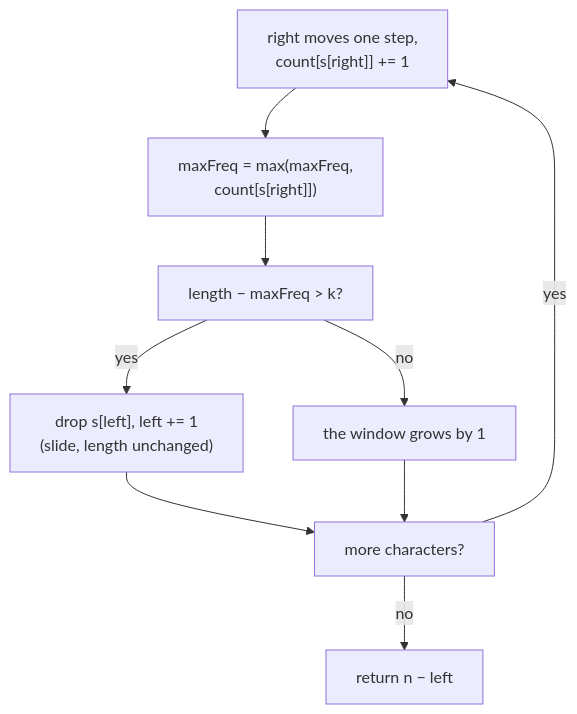
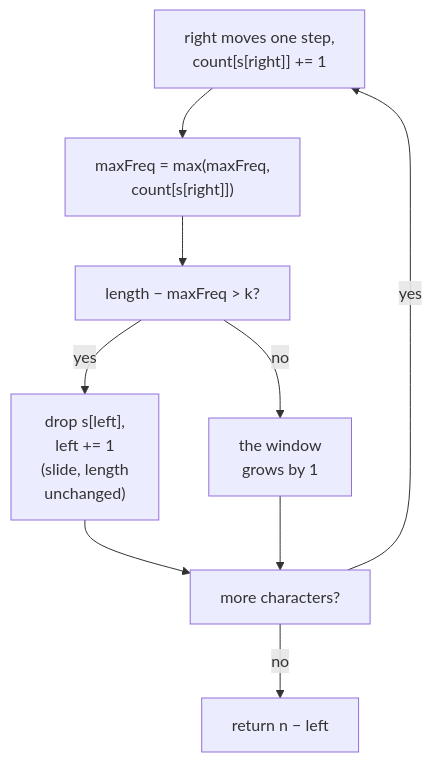
Before and after one commit to duongbui234/software-engineering-atlas: the diagram in content/en/problems/longest-repeating-character-replacement.md, drawn with Mermaid. The commit also changed 134 other files, not shown here.

First line of the commit message:
Fit every Mermaid diagram at 390px without sideways scroll (#56)

````diff
--- a/content/en/problems/longest-repeating-character-replacement.md
+++ b/content/en/problems/longest-repeating-character-replacement.md
@@ -45,11 +45,11 @@
 ```mermaid
 flowchart TB
   A["right moves one step,<br/>count[s[right]] += 1"] --> B["maxFreq = max(maxFreq,<br/>count[s[right]])"]
   B --> C["length − maxFreq > k?"]
-  C -->|"yes"| D["drop s[left], left += 1<br/>(slide, length unchanged)"]
-  C -->|"no"| E["the window grows by 1"]
+  C -->|"yes"| D["drop s[left],<br/>left += 1<br/>(slide, length<br/>unchanged)"]
+  C -->|"no"| E["the window<br/>grows by 1"]
   D --> F["more characters?"]
   E --> F
   F -->|"yes"| A
   F -->|"no"| G["return n − left"]
 ```
````
